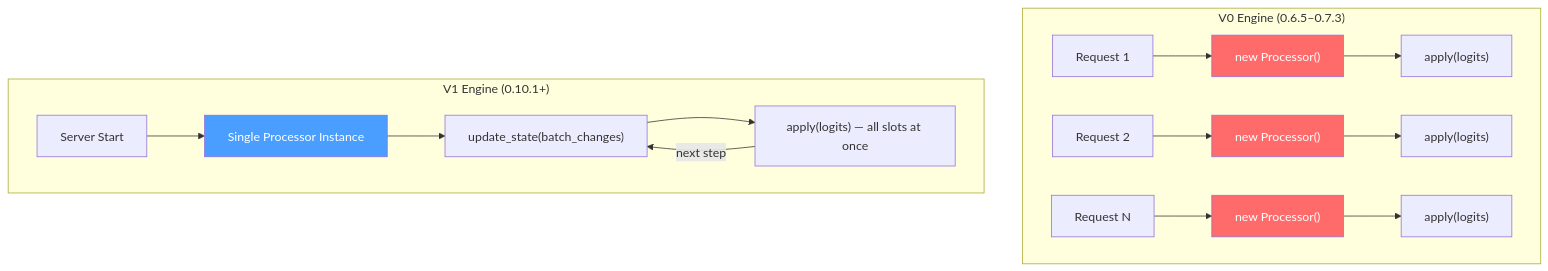
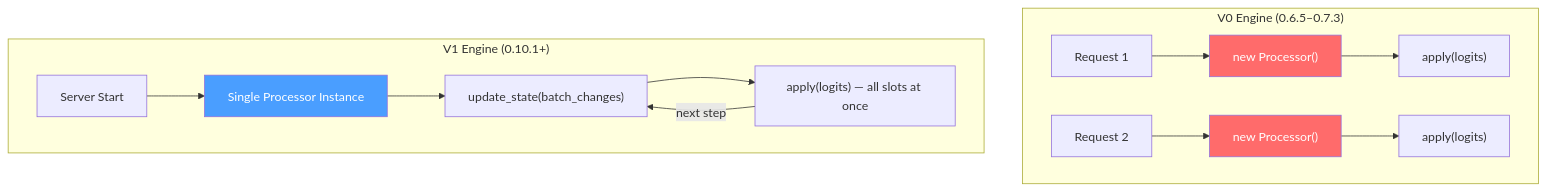
The second of 3 diagrams in final_blog_vllm_plugin.md (YingxuH/vllm_plugin), drawn with Mermaid before and after one commit. The commit also changed other lines of this file, not shown here.

````diff
--- a/final_blog_vllm_plugin.md
+++ b/final_blog_vllm_plugin.md
@@ -211,18 +130,16 @@
 ```mermaid
 graph TD
     subgraph "V0 Engine (0.6.5–0.7.3)"
         R1["Request 1"] --> P1["new Processor()"] --> L1["apply(logits)"]
         R2["Request 2"] --> P2["new Processor()"] --> L2["apply(logits)"]
-        R3["Request N"] --> P3["new Processor()"] --> L3["apply(logits)"]
     end
     subgraph "V1 Engine (0.10.1+)"
         S["Server Start"] --> P["Single Processor Instance"]
         P --> U["update_state(batch_changes)"]
         U --> A["apply(logits) — all slots at once"]
         A -->|"next step"| U
     end
     style P1 fill:#ff6b6b,color:#fff
     style P2 fill:#ff6b6b,color:#fff
-    style P3 fill:#ff6b6b,color:#fff
     style P fill:#4a9eff,color:#fff
 ```
````
